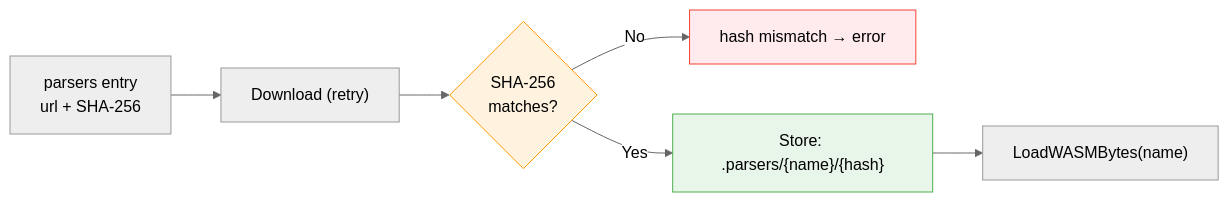
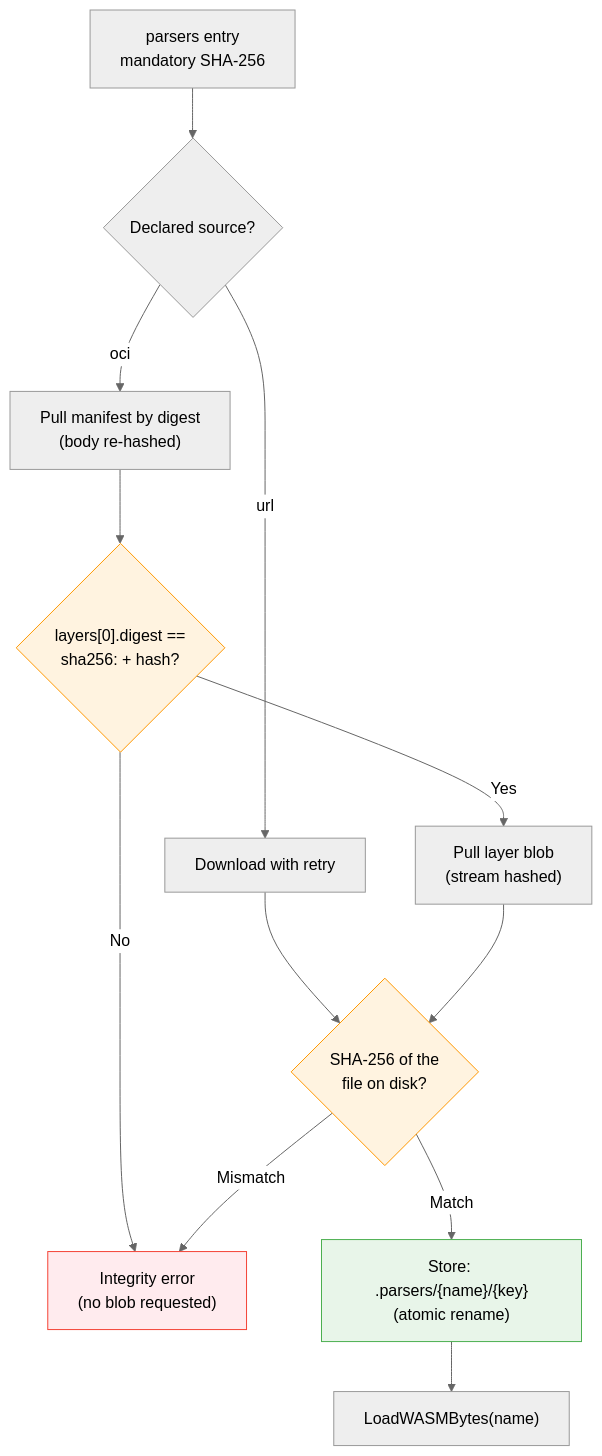
The second of 3 diagrams in website/docs/guides/architecture/parsers.md (datamitsu/datamitsu), drawn with Mermaid (neutral theme) before and after one commit. The commit also changed other lines of this file and 47 other files, not shown here.

First line of the commit message:
feat(parsers): pull WASM parser modules from an OCI registry (#253)

````diff
--- a/website/docs/guides/architecture/parsers.md
+++ b/website/docs/guides/architecture/parsers.md
@@ -160,12 +253,19 @@
 ```mermaid
-graph LR
-    R["parsers entry<br/>url + SHA-256"] --> D["Download (retry)"]
-    D --> V{"SHA-256<br/>matches?"}
-    V -->|"No"| X["hash mismatch → error"]
-    V -->|"Yes"| S["Store: .parsers/{name}/{hash}"]
+graph TD
+    P["parsers entry<br/>mandatory SHA-256"] --> K{"Declared source?"}
+    K -->|"url"| H["Download with retry"]
+    K -->|"oci"| M["Pull manifest by digest<br/>(body re-hashed)"]
+    M --> C{"layers[0].digest ==<br/>sha256: + hash?"}
+    C -->|"No"| X["Integrity error<br/>(no blob requested)"]
+    C -->|"Yes"| B["Pull layer blob<br/>(stream hashed)"]
+    H --> V{"SHA-256 of the<br/>file on disk?"}
+    B --> V
+    V -->|"Mismatch"| X
+    V -->|"Match"| S["Store: .parsers/{name}/{key}<br/>(atomic rename)"]
     S --> L["LoadWASMBytes(name)"]
 
+    style C fill:#fff3e0,stroke:#ff9800
     style V fill:#fff3e0,stroke:#ff9800
     style X fill:#ffebee,stroke:#f44336
     style S fill:#e8f5e9,stroke:#4caf50
 ```
````
